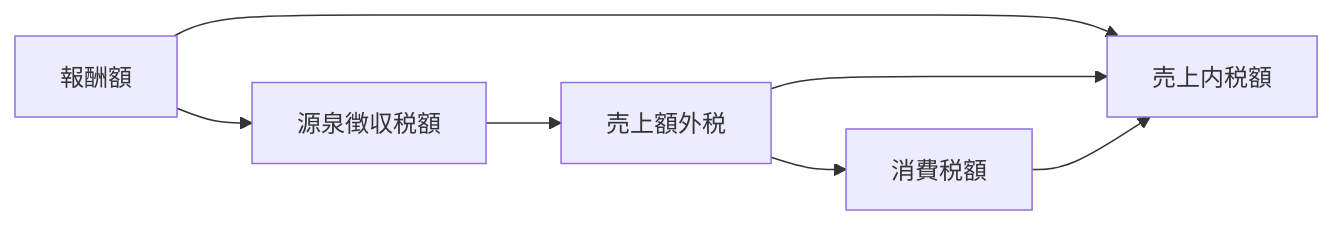
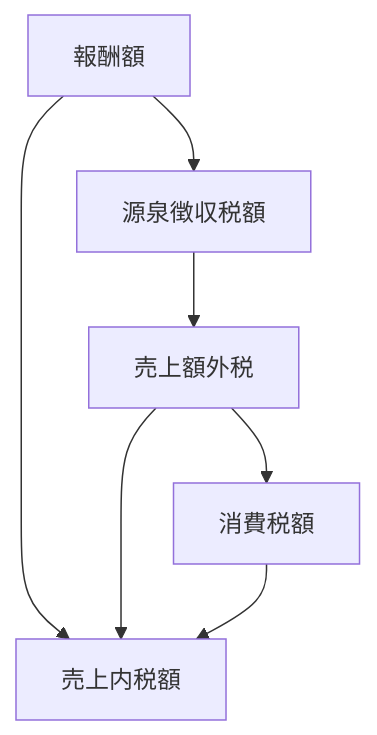
One commit to mitsuoka0423/bun-line-bot-tax-calc.ts changed the second of 3 diagrams in readme.md. Above: the diagram before and after it, drawn with Mermaid. The commit also changed other lines of this file, not shown here.

````diff
--- a/readme.md
+++ b/readme.md
@@ -31,9 +31,9 @@
 ```mermaid
-graph LR
+graph
   報酬額 --> 売上内税額
   報酬額 --> 源泉徴収税額
   売上額外税 --> 売上内税額
   売上額外税 --> 消費税額
   消費税額 --> 売上内税額
   源泉徴収税額 --> 売上額外税
 ```
````
